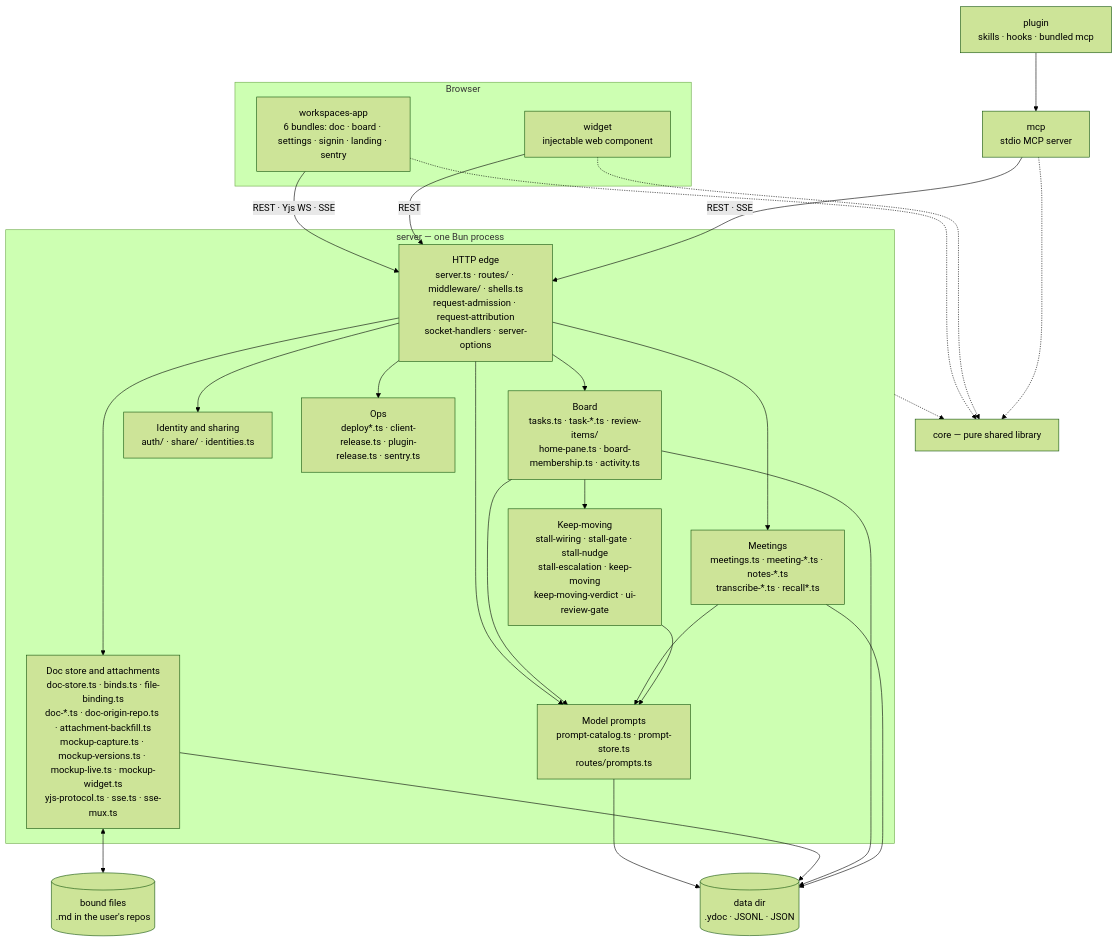
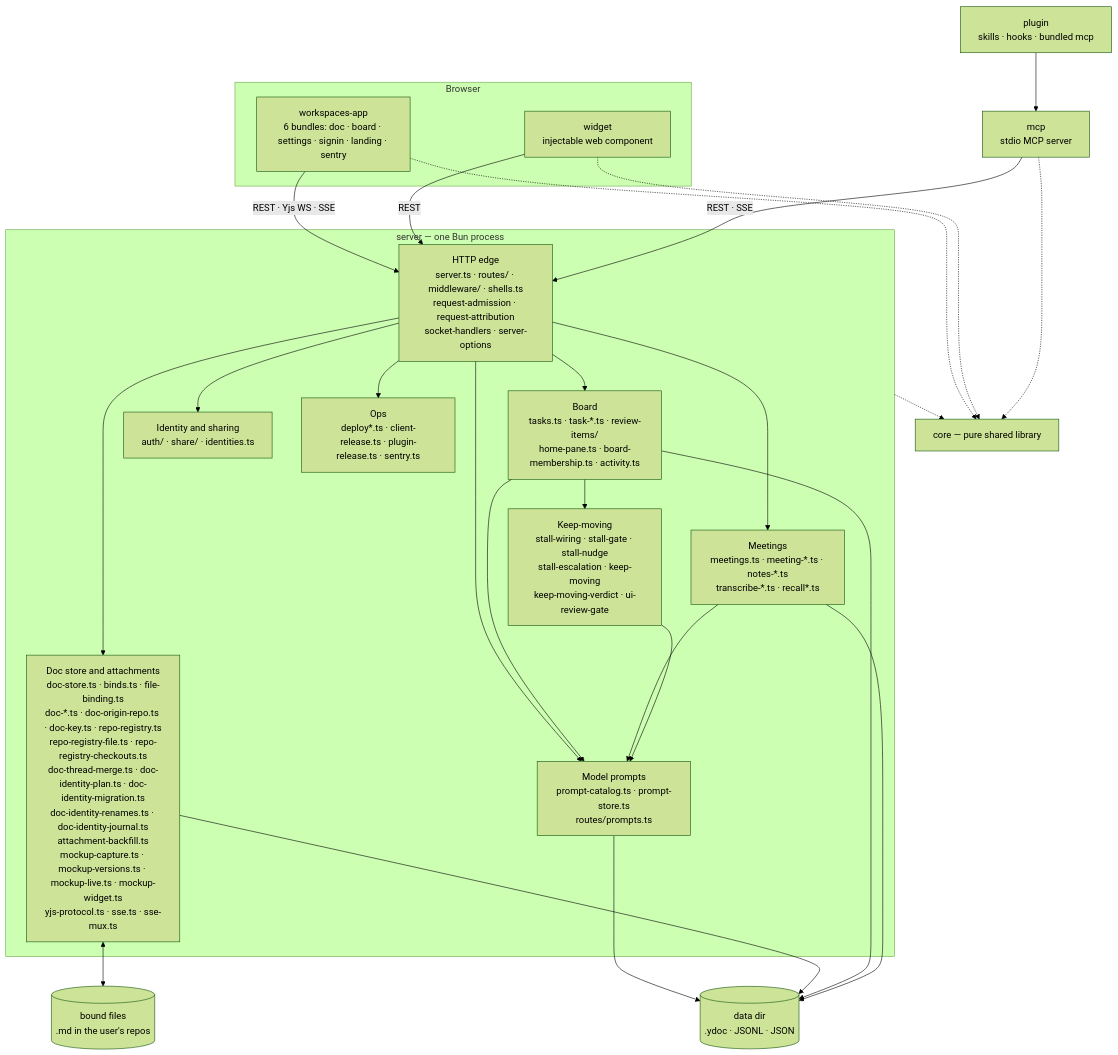
One commit to fryanpan/claude-workspaces-plugin changed the first of 2 diagrams in docs/architecture/overview.md. Above: the diagram before and after it, drawn with Mermaid (forest theme). The commit also changed other lines of this file and 43 other files, not shown here.

First line of the commit message:
One doc id per repo and path, shared across checkouts (#832)

````diff
--- a/docs/architecture/overview.md
+++ b/docs/architecture/overview.md
@@ -45,35 +45,35 @@
 ```mermaid
 flowchart TB
   subgraph browser[Browser]
     app["workspaces-app<br/>6 bundles: doc · board · settings · signin · landing · sentry"]
     wid["widget<br/>injectable web component"]
   end
   plug["plugin<br/>skills · hooks · bundled mcp"]
   mcp["mcp<br/>stdio MCP server"]
   subgraph srv["server — one Bun process"]
     edge["HTTP edge<br/>server.ts · routes/ · middleware/ · shells.ts<br/>request-admission · request-attribution<br/>socket-handlers · server-options"]
-    docs["Doc store and attachments<br/>doc-store.ts · binds.ts · file-binding.ts<br/>doc-*.ts · doc-origin-repo.ts · attachment-backfill.ts<br/>mockup-capture.ts · mockup-versions.ts · mockup-live.ts · mockup-widget.ts<br/>yjs-protocol.ts · sse.ts · sse-mux.ts"]
+    docs["Doc store and attachments<br/>doc-store.ts · binds.ts · file-binding.ts<br/>doc-*.ts · doc-origin-repo.ts · doc-key.ts · repo-registry.ts<br/>repo-registry-file.ts · repo-registry-checkouts.ts<br/>doc-thread-merge.ts · doc-identity-plan.ts · doc-identity-migration.ts<br/>doc-identity-renames.ts · doc-identity-journal.ts<br/>attachment-backfill.ts<br/>mockup-capture.ts · mockup-versions.ts · mockup-live.ts · mockup-widget.ts<br/>yjs-protocol.ts · sse.ts · sse-mux.ts"]
     board["Board<br/>tasks.ts · task-*.ts · review-items/<br/>home-pane.ts · board-membership.ts · activity.ts"]
     meet["Meetings<br/>meetings.ts · meeting-*.ts · notes-*.ts<br/>transcribe-*.ts · recall*.ts"]
     keep["Keep-moving<br/>stall-wiring · stall-gate · stall-nudge<br/>stall-escalation · keep-moving<br/>keep-moving-verdict · ui-review-gate"]
     ident["Identity and sharing<br/>auth/ · share/ · identities.ts"]
     prompts["Model prompts<br/>prompt-catalog.ts · prompt-store.ts<br/>routes/prompts.ts"]
     ops["Ops<br/>deploy*.ts · client-release.ts · plugin-release.ts · sentry.ts"]
   end
   core["core — pure shared library"]
   disk[("data dir<br/>.ydoc · JSONL · JSON")]
   files[("bound files<br/>.md in the user's repos")]
 
   app -->|"REST · Yjs WS · SSE"| edge
   wid -->|REST| edge
   plug --> mcp
   mcp -->|"REST · SSE"| edge
   edge --> docs & board & meet & ident & ops & prompts
   board & meet & keep --> prompts
   prompts --> disk
   board --> keep
   docs <--> files
   docs & board & meet --> disk
   app & wid & mcp -.-> core
   srv -.-> core
 ```
````
